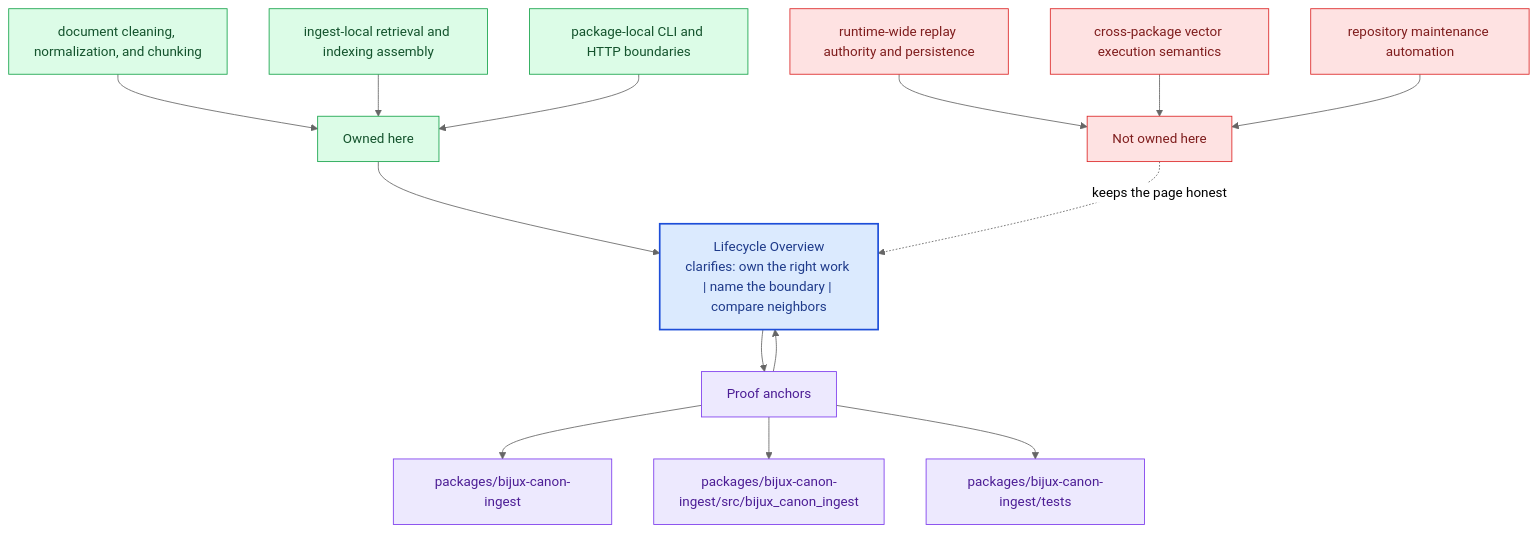
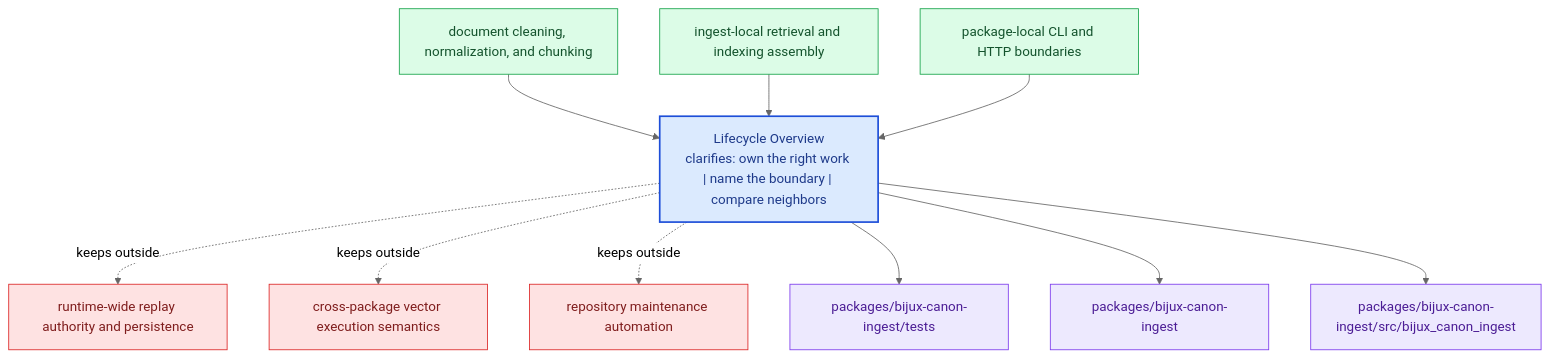
Before and after one commit to bijux/bijux-canon: the diagram in docs/bijux-canon-ingest/foundation/lifecycle-overview.md, drawn with Mermaid (neutral theme). The commit also changed other lines of this file and 281 other files, not shown here.

Commit message:
docs(diagrams): replace repeated mermaid scaffolds with page-specific summaries

````diff
--- a/docs/bijux-canon-ingest/foundation/lifecycle-overview.md
+++ b/docs/bijux-canon-ingest/foundation/lifecycle-overview.md
@@ -69,40 +24,31 @@
 ```mermaid
 flowchart TB
-    promise["Lifecycle Overview<br/>clarifies: own the right work | name the boundary | compare neighbors"]
-    classDef promise fill:#dbeafe,stroke:#1d4ed8,color:#1e3a8a,stroke-width:2px;
-    classDef driver fill:#dcfce7,stroke:#16a34a,color:#14532d;
-    classDef constraint fill:#fee2e2,stroke:#dc2626,color:#7f1d1d;
-    classDef ground fill:#ede9fe,stroke:#7c3aed,color:#4c1d95;
-    focus1["Owned here"]
-    focus1 --> promise
-    focus1_1["document cleaning, normalization, and chunking"]
-    focus1_1 --> focus1
-    focus1_2["ingest-local retrieval and indexing assembly"]
-    focus1_2 --> focus1
-    focus1_3["package-local CLI and HTTP boundaries"]
-    focus1_3 --> focus1
-    class focus1 driver;
-    class focus1_1,focus1_2,focus1_3 driver;
-    focus2["Not owned here"]
-    focus2 -.keeps the page honest.-> promise
-    focus2_1["runtime-wide replay authority and persistence"]
-    focus2_1 --> focus2
-    focus2_2["cross-package vector execution semantics"]
-    focus2_2 --> focus2
-    focus2_3["repository maintenance automation"]
-    focus2_3 --> focus2
-    class focus2 constraint;
-    class focus2_1,focus2_2,focus2_3 constraint;
-    focus3["Proof anchors"]
-    focus3 --> promise
-    promise --> focus3
-    focus3_1["packages/bijux-canon-ingest"]
-    focus3 --> focus3_1
-    focus3_2["packages/bijux-canon-ingest/src/bijux_canon_ingest"]
-    focus3 --> focus3_2
-    focus3_3["packages/bijux-canon-ingest/tests"]
-    focus3 --> focus3_3
-    class focus3 ground;
-    class focus3_1,focus3_2,focus3_3 ground;
-    class promise promise;
+    page["Lifecycle Overview<br/>clarifies: own the right work | name the boundary | compare neighbors"]
+    classDef page fill:#dbeafe,stroke:#1d4ed8,color:#1e3a8a,stroke-width:2px;
+    classDef positive fill:#dcfce7,stroke:#16a34a,color:#14532d;
+    classDef caution fill:#fee2e2,stroke:#dc2626,color:#7f1d1d;
+    classDef anchor fill:#ede9fe,stroke:#7c3aed,color:#4c1d95;
+    classDef action fill:#fef3c7,stroke:#d97706,color:#7c2d12;
+    own1["document cleaning, normalization, and chunking"]
+    own1 --> page
+    own2["ingest-local retrieval and indexing assembly"]
+    own2 --> page
+    own3["package-local CLI and HTTP boundaries"]
+    own3 --> page
+    limit1["runtime-wide replay authority and persistence"]
+    page -.keeps outside.-> limit1
+    limit2["cross-package vector execution semantics"]
+    page -.keeps outside.-> limit2
+    limit3["repository maintenance automation"]
+    page -.keeps outside.-> limit3
+    anchor1["packages/bijux-canon-ingest/tests"]
+    page --> anchor1
+    anchor2["packages/bijux-canon-ingest"]
+    page --> anchor2
+    anchor3["packages/bijux-canon-ingest/src/bijux_canon_ingest"]
+    page --> anchor3
+    class page page;
+    class own1,own2,own3 positive;
+    class limit1,limit2,limit3 caution;
+    class anchor1,anchor2,anchor3 anchor;
 ```
````
